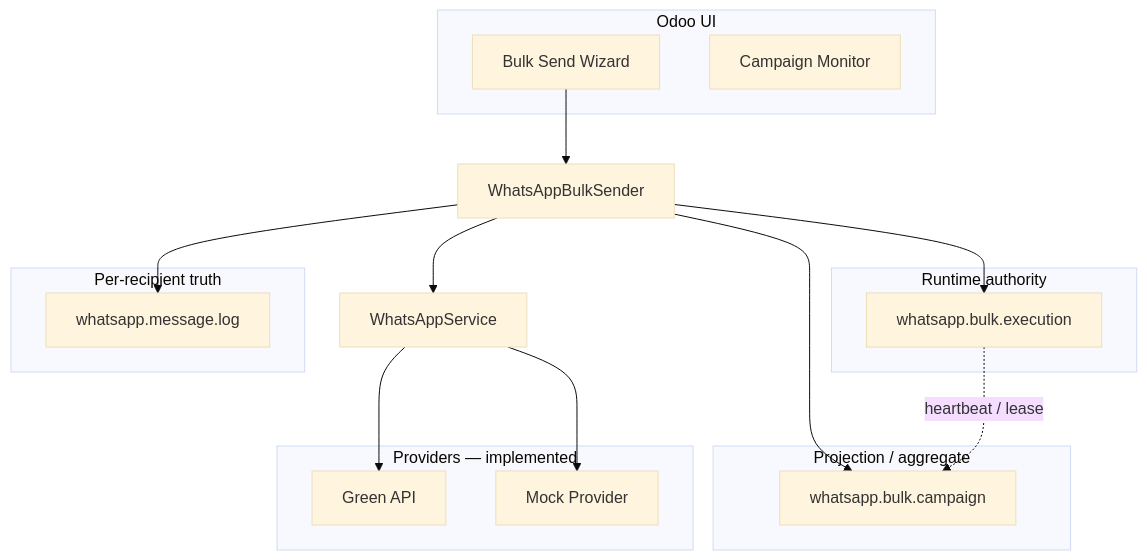
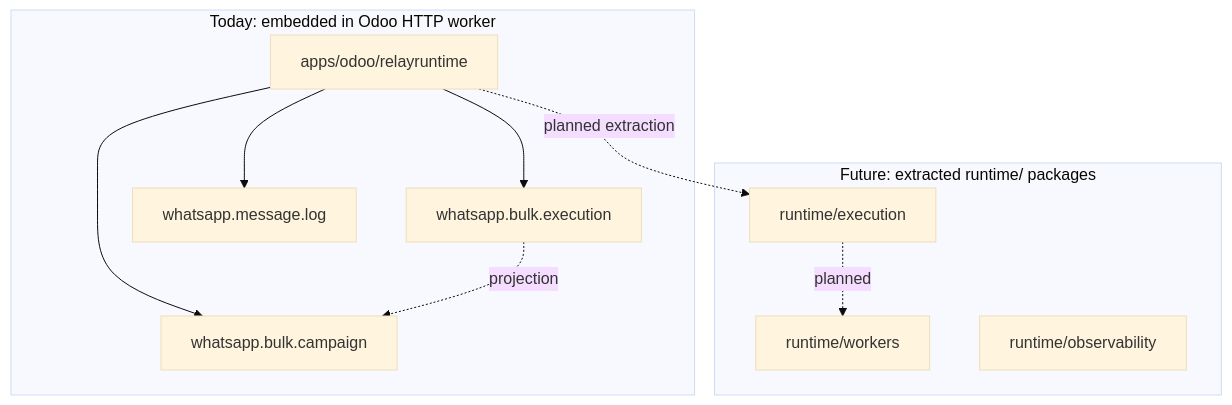
Before and after one commit to nagwagabr-rwpst/odoo-whatsapp-platform: the first of 2 diagrams in README.md, drawn with Mermaid (base theme). The commit also changed other lines of this file and 1 other file, not shown here.

Commit message:
branding: rename product to RWPST RelayRuntime

````diff
--- a/README.md
+++ b/README.md
@@ -36,28 +50,17 @@
 ```mermaid
 flowchart TB
-    subgraph UI["Odoo UI"]
-        WZ[Bulk Send Wizard]
-        MON[Campaign Monitor]
+    subgraph Embedded["Today: embedded in Odoo HTTP worker"]
+        ODOO[apps/odoo/relayruntime]
+        ODOO --> EXE[whatsapp.bulk.execution]
+        ODOO --> CAMP[whatsapp.bulk.campaign]
+        ODOO --> LOG[whatsapp.message.log]
+        EXE -. projection .-> CAMP
     end
-    subgraph Runtime["Runtime authority"]
-        EXE[whatsapp.bulk.execution]
+    subgraph Future["Future: extracted runtime/ packages"]
+        RT[runtime/execution]
+        WK[runtime/workers]
+        OB[runtime/observability]
     end
-    subgraph Aggregate["Projection / aggregate"]
-        CAMP[whatsapp.bulk.campaign]
-    end
-    subgraph Truth["Per-recipient truth"]
-        LOG[whatsapp.message.log]
-    end
-    subgraph Providers["Providers — implemented"]
-        GREEN[Green API]
-        MOCK[Mock Provider]
-    end
-    WZ --> BULK[WhatsAppBulkSender]
-    BULK --> EXE
-    BULK --> LOG
-    BULK --> CAMP
-    EXE -. heartbeat / lease .-> CAMP
-    BULK --> API[WhatsAppService]
-    API --> GREEN
-    API --> MOCK
+    ODOO -. planned extraction .-> RT
+    RT -. planned .-> WK
 ```
````
